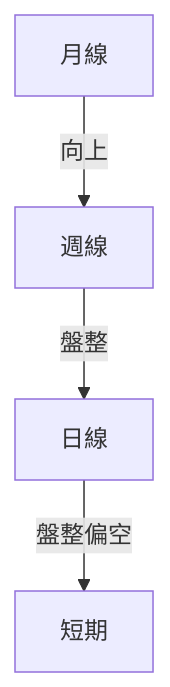
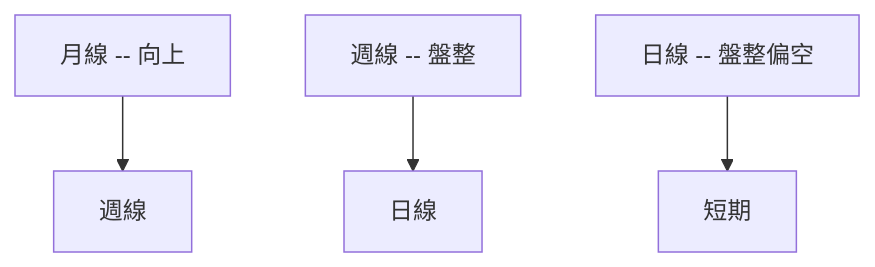
The second of 11 diagrams in ai_gen_report/stock/pltr/technical_analysis_2026-04-01_openai.md (yennanliu/finance_data), drawn with Mermaid before and after one commit. The commit also changed other lines of this file and 2258 other files, not shown here.

First line of the commit message:
chore: backfill Mermaid syntax repair across existing reports

````diff
--- a/ai_gen_report/stock/pltr/technical_analysis_2026-04-01_openai.md
+++ b/ai_gen_report/stock/pltr/technical_analysis_2026-04-01_openai.md
@@ -92,6 +92,6 @@
 ```mermaid
 graph TD
-    月線 -- 向上 --> 週線
-    週線 -- 盤整 --> 日線
-    日線 -- 盤整偏空 --> 短期
+    nb1["月線 -- 向上"] --> 週線
+    nb2["週線 -- 盤整"] --> 日線
+    nb3["日線 -- 盤整偏空"] --> 短期
 ```
````
